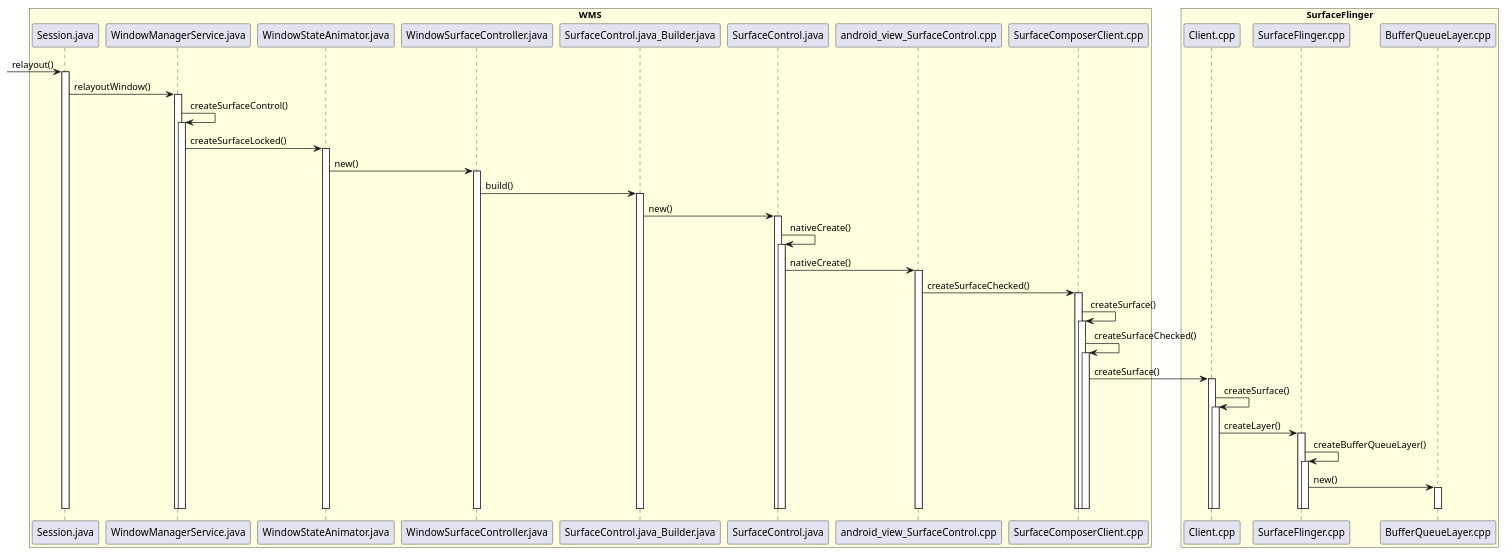
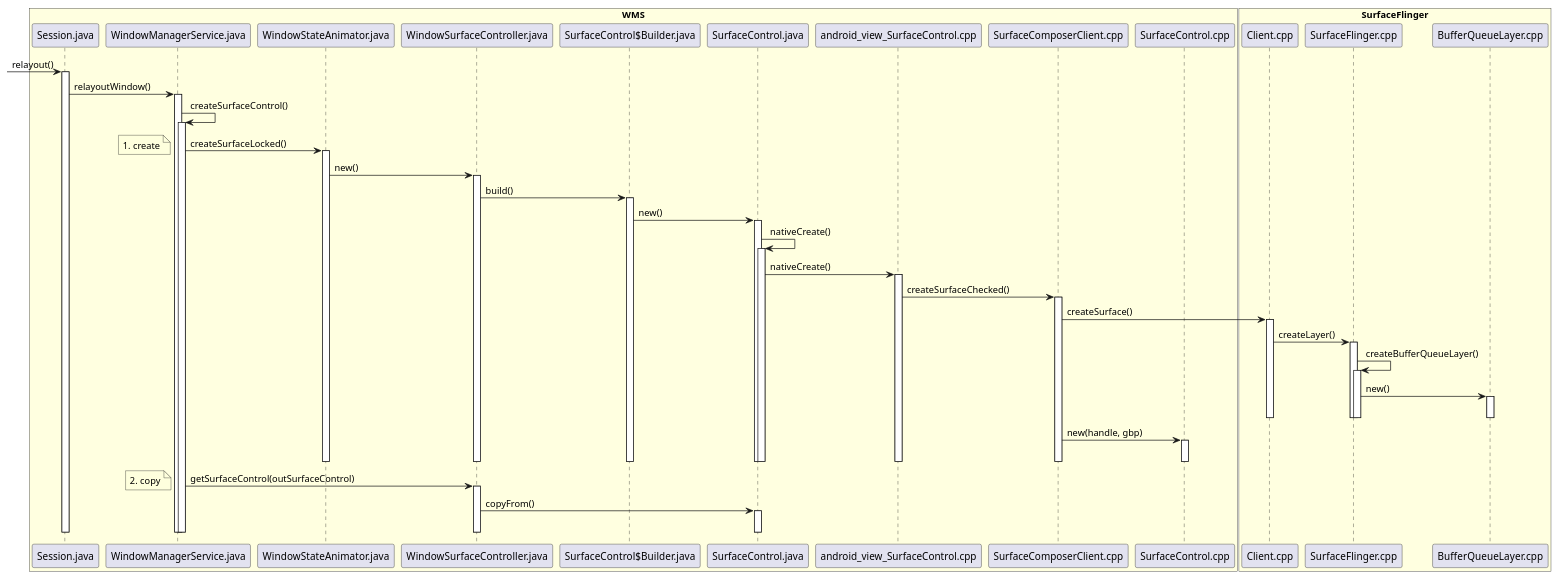
The diagram in android11/addwindow/AddWindow_2.2.0.0.puml (javalive09/UML), drawn with PlantUML before and after one commit. The commit also changed 17 other files, not shown here.

Commit message:
update android11 uml

```diff
--- a/android11/addwindow/AddWindow_2.2.0.0.puml
+++ b/android11/addwindow/AddWindow_2.2.0.0.puml
@@ -1,73 +1,78 @@
 @startuml
 
 box "WMS" #LightYellow
 participant Session.java
 participant WindowManagerService.java
 participant WindowStateAnimator.java
 participant WindowSurfaceController.java
-participant SurfaceControl.java_Builder.java
+participant "SurfaceControl$Builder.java"
 participant SurfaceControl.java
 participant android_view_SurfaceControl.cpp
 participant SurfaceComposerClient.cpp
+participant SurfaceControl.cpp
+participant SurfaceControl.cpp
 end box
 
 box "SurfaceFlinger" #LightYellow
 participant Client.cpp
 participant SurfaceFlinger.cpp
 participant BufferQueueLayer.cpp
 end box
 
 ->  Session.java : relayout()
 activate Session.java
 Session.java -> WindowManagerService.java: relayoutWindow()
 activate WindowManagerService.java
 WindowManagerService.java -> WindowManagerService.java: createSurfaceControl()
 activate WindowManagerService.java
 WindowManagerService.java -> WindowStateAnimator.java: createSurfaceLocked()
 activate WindowStateAnimator.java
+note left: 1. create
 WindowStateAnimator.java -> WindowSurfaceController.java: new()
 activate WindowSurfaceController.java
-WindowSurfaceController.java -> SurfaceControl.java_Builder.java: build()
-activate SurfaceControl.java_Builder.java
-SurfaceControl.java_Builder.java -> SurfaceControl.java: new()
+WindowSurfaceController.java -> "SurfaceControl$Builder.java": build()
+activate "SurfaceControl$Builder.java"
+"SurfaceControl$Builder.java" -> SurfaceControl.java: new()
 activate SurfaceControl.java
 SurfaceControl.java -> SurfaceControl.java: nativeCreate()
 activate SurfaceControl.java
 SurfaceControl.java -> android_view_SurfaceControl.cpp: nativeCreate()
 activate android_view_SurfaceControl.cpp
 android_view_SurfaceControl.cpp -> SurfaceComposerClient.cpp: createSurfaceChecked()
 activate SurfaceComposerClient.cpp
-SurfaceComposerClient.cpp -> SurfaceComposerClient.cpp: createSurface()
-activate SurfaceComposerClient.cpp
-SurfaceComposerClient.cpp -> SurfaceComposerClient.cpp: createSurfaceChecked()
-activate SurfaceComposerClient.cpp
 SurfaceComposerClient.cpp -> Client.cpp: createSurface()
-activate Client.cpp
-Client.cpp -> Client.cpp: createSurface()
 activate Client.cpp
 Client.cpp -> SurfaceFlinger.cpp: createLayer()
 activate SurfaceFlinger.cpp
 SurfaceFlinger.cpp -> SurfaceFlinger.cpp: createBufferQueueLayer()
 activate SurfaceFlinger.cpp
 SurfaceFlinger.cpp -> BufferQueueLayer.cpp: new()
 activate BufferQueueLayer.cpp
 deactivate BufferQueueLayer.cpp
-deactivate Session.java
-deactivate WindowManagerService.java
-deactivate WindowManagerService.java
-deactivate WindowStateAnimator.java
-deactivate SurfaceComposerClient.cpp
-deactivate SurfaceComposerClient.cpp
-deactivate SurfaceComposerClient.cpp
 deactivate SurfaceFlinger.cpp
 deactivate SurfaceFlinger.cpp
 deactivate Client.cpp
 deactivate Client.cpp
+SurfaceComposerClient.cpp -> SurfaceControl.cpp: new(handle, gbp)
+activate SurfaceControl.cpp
+deactivate SurfaceControl.cpp
+deactivate SurfaceComposerClient.cpp
+deactivate android_view_SurfaceControl.cpp
 deactivate SurfaceControl.java
 deactivate SurfaceControl.java
-deactivate SurfaceControl.java_Builder.java
+deactivate "SurfaceControl$Builder.java"
 deactivate WindowSurfaceController.java
-deactivate android_view_SurfaceControl.cpp
+deactivate WindowStateAnimator.java
 
+WindowManagerService.java -> WindowSurfaceController.java:getSurfaceControl(outSurfaceControl)
+activate WindowSurfaceController.java
+note left: 2. copy
+WindowSurfaceController.java -> SurfaceControl.java:copyFrom()
+activate SurfaceControl.java
+deactivate SurfaceControl.java
+deactivate WindowSurfaceController.java
+deactivate WindowManagerService.java
+deactivate WindowManagerService.java
+deactivate Session.java
 
 @enduml
```
